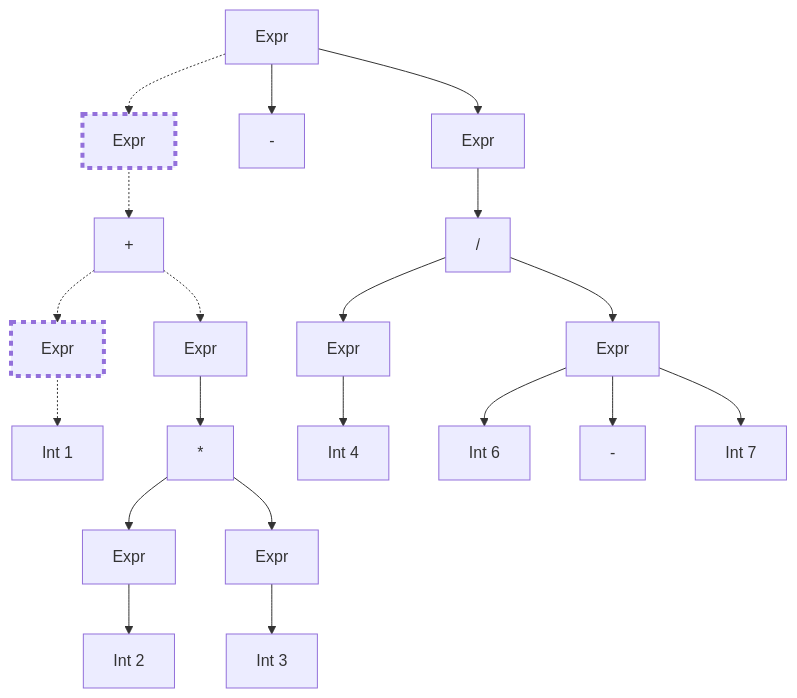
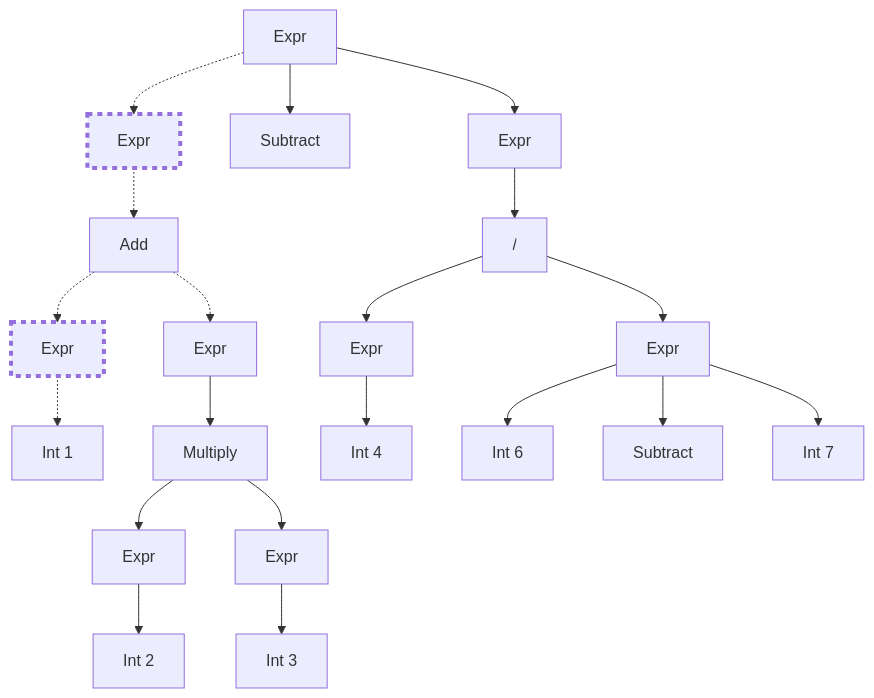
One commit to microsoft/Trieste changed diagram 25 of 27 in samples/infix/README.md. Above: the diagram before and after it, drawn with Mermaid. The commit also changed other lines of this file, not shown here.

````diff
--- a/samples/infix/README.md
+++ b/samples/infix/README.md
@@ -1159,23 +1162,23 @@
 ``` mermaid
 flowchart TD
   A[Expr]-.->CC[Expr]:::current
-  CC-.->C[+]
+  CC-.->C[Add]
   C-.->BB[Expr]:::current
   BB-.->B[Int 1]
   C-.->N[Expr]
-  N-->E[*]
+  N-->E[Multiply]
   E-->DD[Expr]
   DD-->D[Int 2]
   E-->FF[Expr]
   FF-->F[Int 3]
-  A-->G[-]
+  A-->G[Subtract]
   A-->O[Expr]
   O-->I["#47;"]
   I-->HH[Expr]
   HH-->H[Int 4]
   I-->J[Expr]
   J-->K[Int 6]
-  J-->L[-]
+  J-->L[Subtract]
   J-->M[Int 7]
   classDef current stroke-width:4px,stroke-dasharray:5 5;
 ```
````
